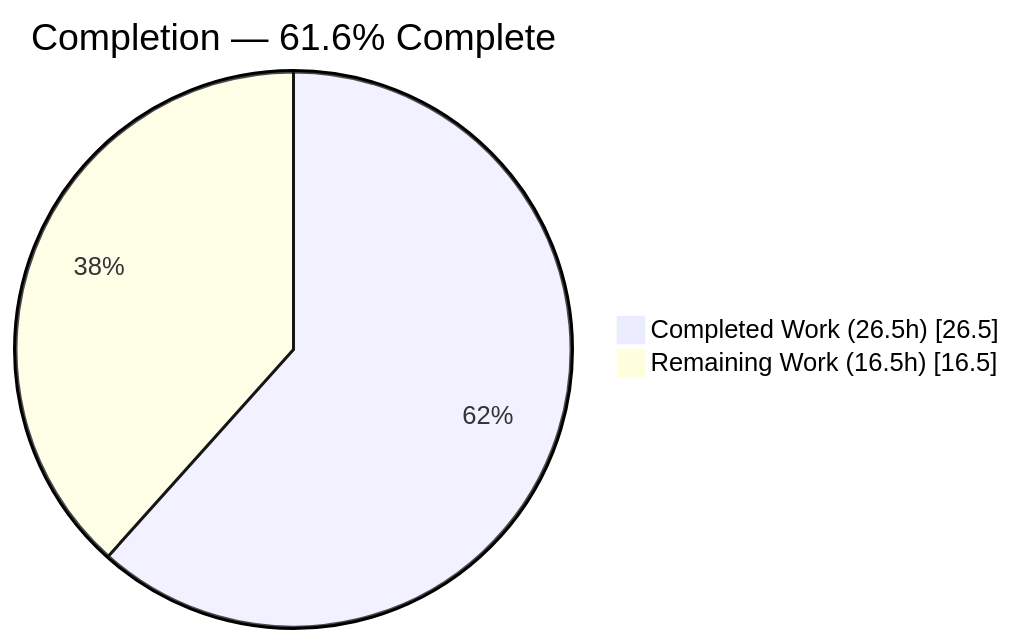
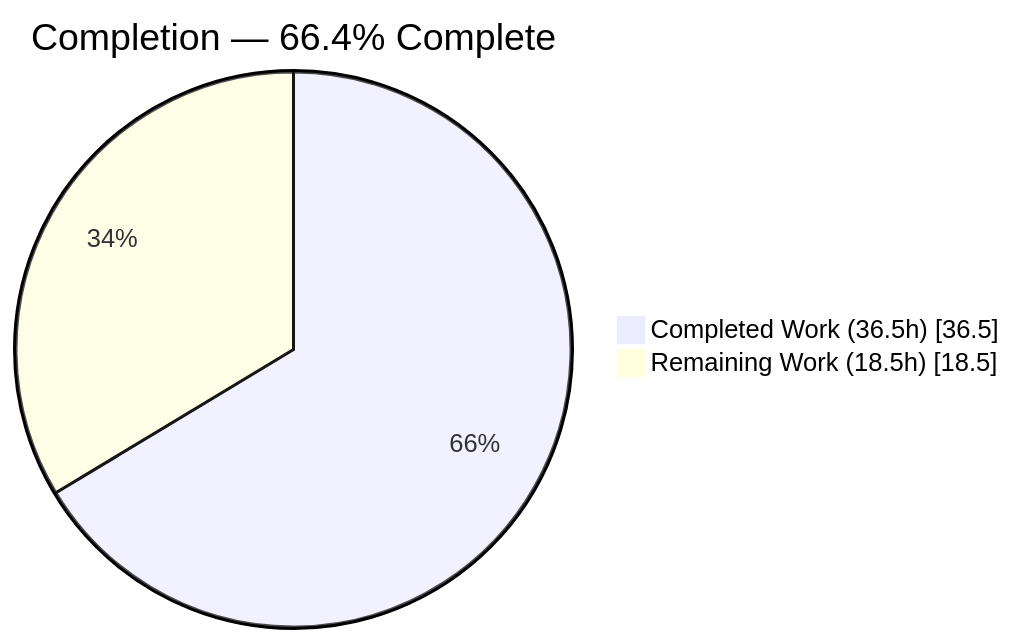
One commit to rjhonsi/BlitzyRepo1 changed the first of 4 diagrams in blitzy/documentation/Project Guide.md. Above: the diagram before and after it, drawn with Mermaid. The commit also changed other lines of this file, not shown here.

Commit message:
Adding Blitzy Project Guide: Project Status and Human Tasks Remaining

````diff
--- a/blitzy/documentation/Project Guide.md
+++ b/blitzy/documentation/Project Guide.md
@@ -9,5 +9,5 @@
 ```mermaid
-pie showData title Completion — 61.6% Complete
-    "Completed Work (26.5h)" : 26.5
-    "Remaining Work (16.5h)" : 16.5
+pie showData title Completion — 66.4% Complete
+    "Completed Work (36.5h)" : 36.5
+    "Remaining Work (18.5h)" : 18.5
 ```
````
